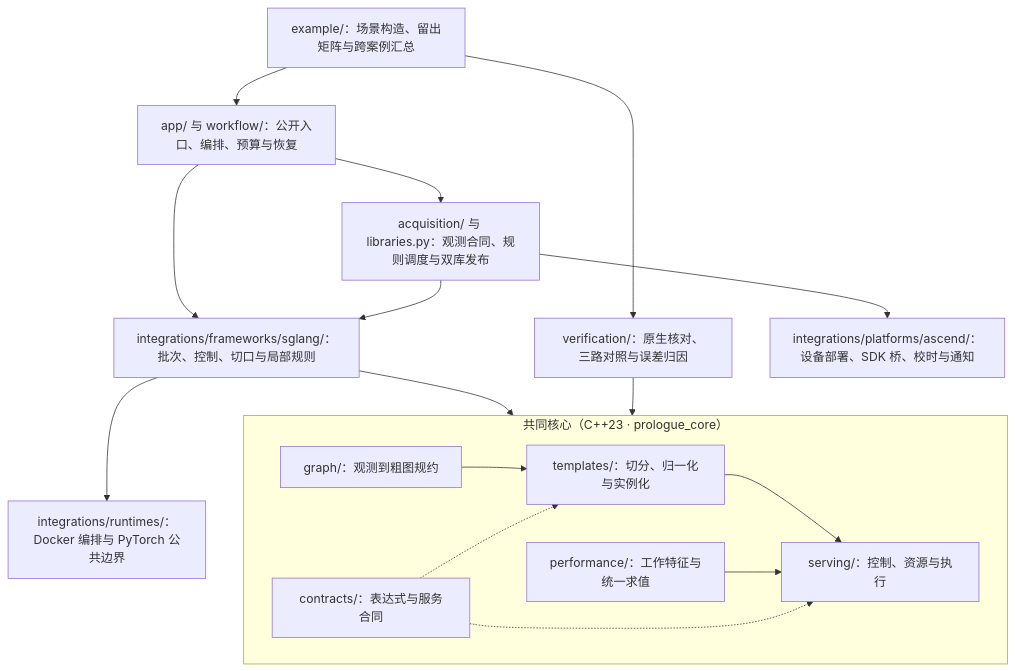
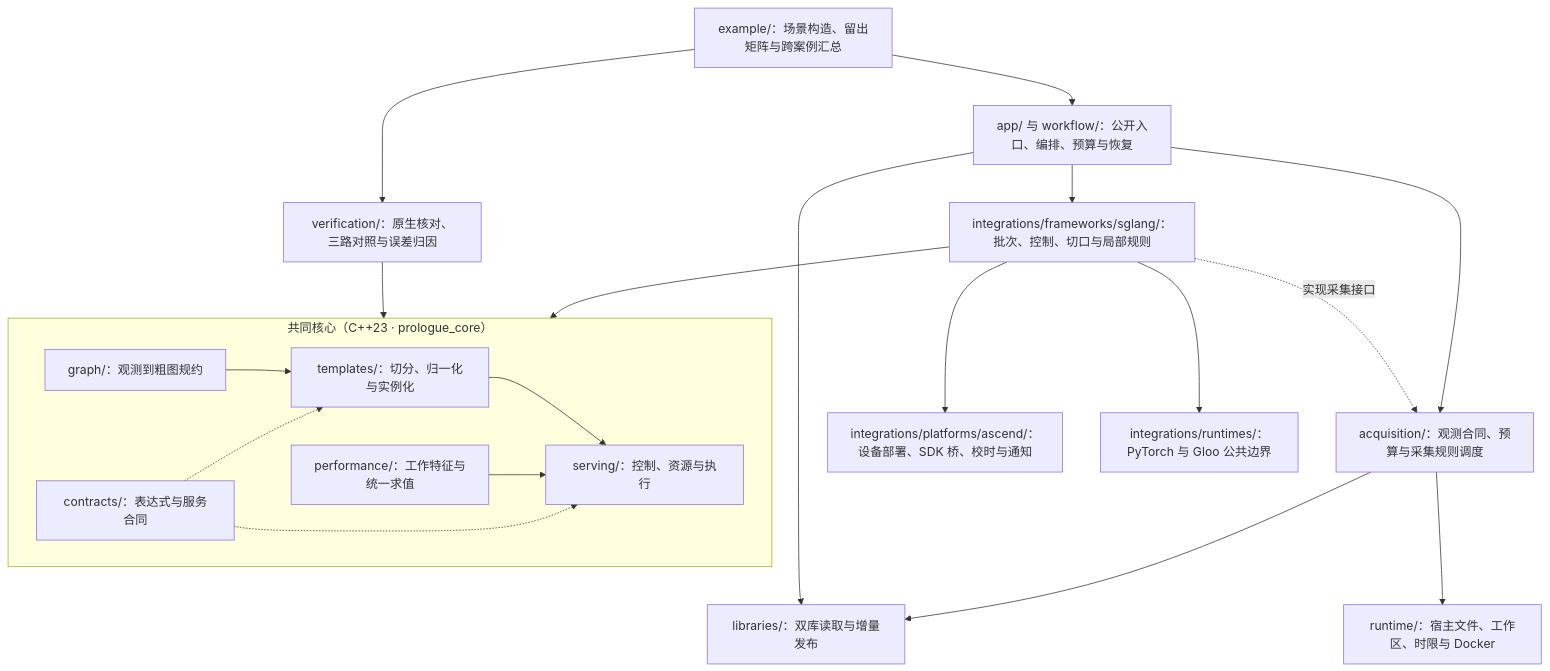
One commit to Entwinedime/Prologue changed the second of 2 diagrams in docs/design/architecture.md. Above: the diagram before and after it, drawn with Mermaid. The commit also changed other lines of this file and 2 other files, not shown here.

Commit message:
docs(architecture): record the M1 boundary and regression evidence
Align the source map with the host runtime and library boundaries. Record the immutable four-target comparison, the device-free checks and the pause before M2.

````diff
--- a/docs/design/architecture.md
+++ b/docs/design/architecture.md
@@ -119,25 +119,28 @@
 ```mermaid
 flowchart TB
     EX["example/：场景构造、留出矩阵与跨案例汇总"] --> APP["app/ 与 workflow/：公开入口、编排、预算与恢复"]
     EX --> VER["verification/：原生核对、三路对照与误差归因"]
-    APP --> ACQ["acquisition/ 与 libraries.py：观测合同、规则调度与双库发布"]
+    APP --> ACQ["acquisition/：观测合同、预算与采集规则调度"]
+    ACQ --> LIB["libraries/：双库读取与增量发布"]
+    APP --> LIB
+    ACQ --> RT["runtime/：宿主文件、工作区、时限与 Docker"]
     APP --> INT_FW["integrations/frameworks/sglang/：批次、控制、切口与局部规则"]
-    ACQ --> INT_FW
-    ACQ --> INT_PF["integrations/platforms/ascend/：设备部署、SDK 桥、校时与通知"]
-    INT_FW --> INT_RT["integrations/runtimes/：Docker 编排与 PyTorch 公共边界"]
+    INT_FW -. 实现采集接口 .-> ACQ
+    INT_FW --> INT_PF["integrations/platforms/ascend/：设备部署、SDK 桥、校时与通知"]
+    INT_FW --> INT_RT["integrations/runtimes/：PyTorch 与 Gloo 公共边界"]
     INT_FW --> CORE
     VER --> CORE
 
     subgraph CORE["共同核心（C++23 · prologue_core）"]
         direction LR
         C_CON["contracts/：表达式与服务合同"]
         C_GR["graph/：观测到粗图规约"]
         C_TPL["templates/：切分、归一化与实例化"]
         C_SRV["serving/：控制、资源与执行"]
         C_PERF["performance/：工作特征与统一求值"]
         C_GR --> C_TPL --> C_SRV
         C_PERF --> C_SRV
         C_CON -.-> C_TPL
         C_CON -.-> C_SRV
     end
 ```
````
